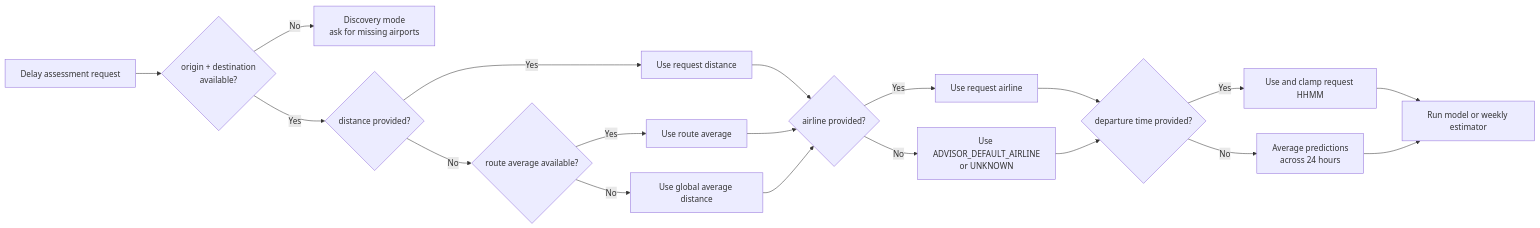
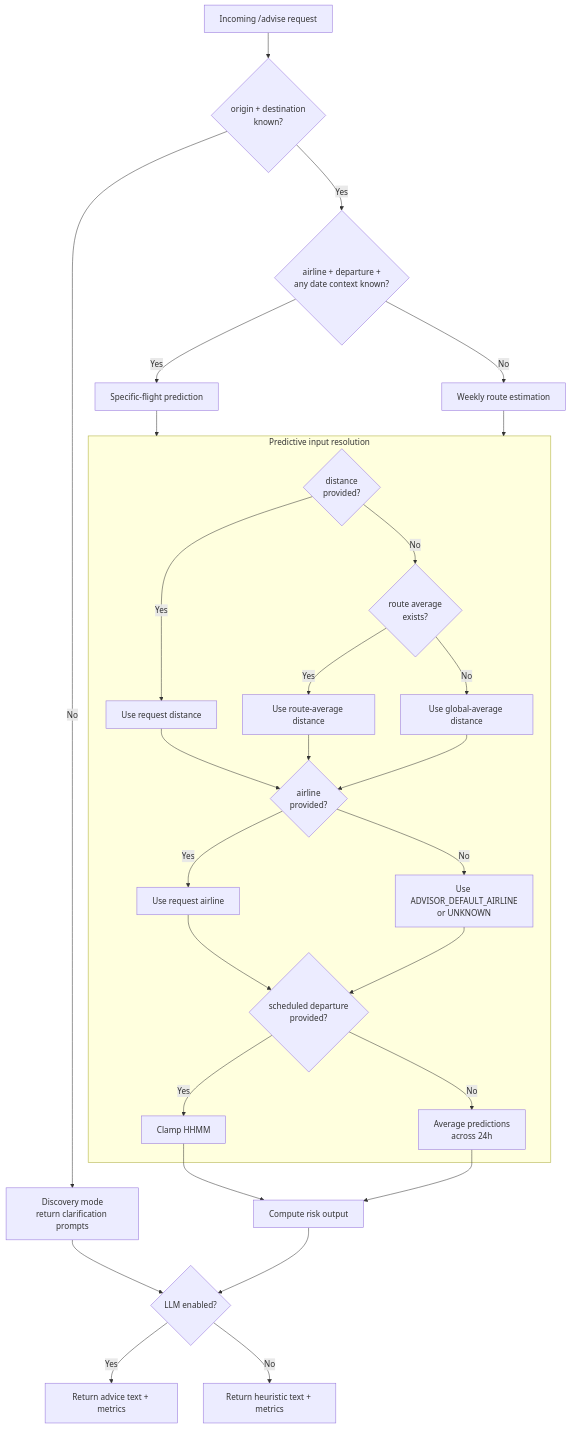
Before and after one commit to GuilhermeLossio/Tech-Challange-FIAP-3: the third of 5 diagrams in Architecture.md, drawn with Mermaid. The commit also changed other lines of this file, not shown here.

First line of the commit message:
Revise architecture documentation and component names

````diff
--- a/Architecture.md
+++ b/Architecture.md
@@ -148,26 +132,38 @@
 ```mermaid
-flowchart LR
-    A[Delay assessment request] --> R{origin + destination\navailable?}
+flowchart TD
+    Q[Incoming /advise request] --> C1{origin + destination\nknown?}
 
-    R -- No --> D[Discovery mode\nask for missing airports]
-    R -- Yes --> DIST{distance provided?}
-    DIST -- Yes --> DIST1[Use request distance]
-    DIST -- No --> DIST2{route average available?}
-    DIST2 -- Yes --> DIST3[Use route average]
-    DIST2 -- No --> DIST4[Use global average distance]
+    C1 -- No --> D[Discovery mode\nreturn clarification prompts]
+    C1 -- Yes --> C2{airline + departure +\nany date context known?}
 
-    DIST1 --> AIR{airline provided?}
-    DIST3 --> AIR
-    DIST4 --> AIR
+    C2 -- Yes --> SF[Specific-flight prediction]
+    C2 -- No --> WR[Weekly route estimation]
 
-    AIR -- Yes --> AIR1[Use request airline]
-    AIR -- No --> AIR2[Use ADVISOR_DEFAULT_AIRLINE\nor UNKNOWN]
+    subgraph resolve[Predictive input resolution]
+        DIST{distance\nprovided?}
+        DIST -- Yes --> D1[Use request distance]
+        DIST -- No --> D2{route average\nexists?}
+        D2 -- Yes --> D3[Use route-average distance]
+        D2 -- No --> D4[Use global-average distance]
 
-    AIR1 --> DEP{departure time provided?}
-    AIR2 --> DEP
-    DEP -- Yes --> DEP1[Use and clamp request HHMM]
-    DEP -- No --> DEP2[Average predictions\nacross 24 hours]
+        AIR{airline\nprovided?}
+        AIR -- Yes --> A1[Use request airline]
+        AIR -- No --> A2[Use ADVISOR_DEFAULT_AIRLINE\nor UNKNOWN]
 
-    DEP1 --> PRED[Run model or weekly estimator]
-    DEP2 --> PRED
+        DEP{scheduled departure\nprovided?}
+        DEP -- Yes --> T1[Clamp HHMM]
+        DEP -- No --> T2[Average predictions\nacross 24h]
+    end
+
+    SF --> resolve
+    WR --> resolve
+
+    D1 & D3 & D4 --> AIR
+    A1 & A2 --> DEP
+    T1 & T2 --> OUT[Compute risk output]
+
+    D --> LLM{LLM enabled?}
+    OUT --> LLM
+    LLM -- Yes --> R1[Return advice text + metrics]
+    LLM -- No --> R2[Return heuristic text + metrics]
 ```
````
